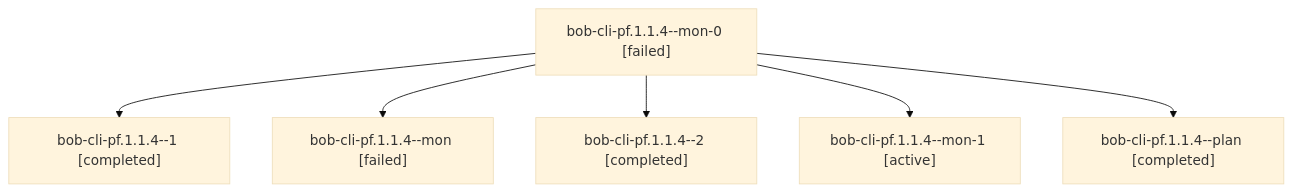
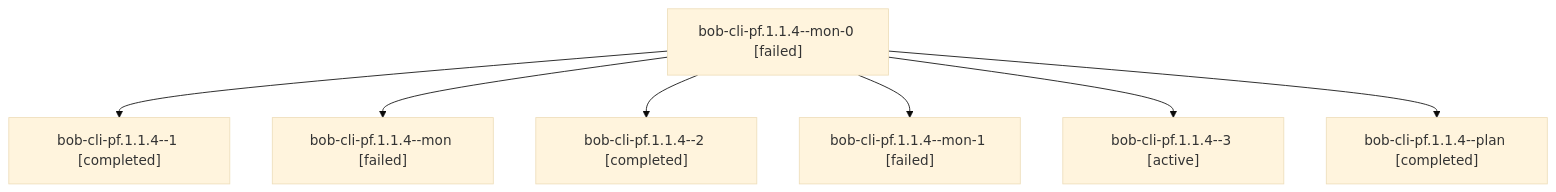
The diagram in sessions/bbugyi200.apollo.bob-cli-pf.1.1.4.md (bobs-org/bob-cli--agents), drawn with Mermaid (base theme) before and after one commit. The commit also changed other lines of this file and 70 other files, not shown here.

````diff
--- a/sessions/bbugyi200.apollo.bob-cli-pf.1.1.4.md
+++ b/sessions/bbugyi200.apollo.bob-cli-pf.1.1.4.md
@@ -9,14 +9,16 @@
 ```mermaid
 flowchart TD
   n0["bob-cli-pf.1.1.4--mon-0 [failed]"]
   n1["bob-cli-pf.1.1.4--1 [completed]"]
   n0 --> n1
   n2["bob-cli-pf.1.1.4--mon [failed]"]
   n0 --> n2
   n3["bob-cli-pf.1.1.4--2 [completed]"]
   n0 --> n3
-  n4["bob-cli-pf.1.1.4--mon-1 [active]"]
+  n4["bob-cli-pf.1.1.4--mon-1 [failed]"]
   n0 --> n4
-  n5["bob-cli-pf.1.1.4--plan [completed]"]
+  n5["bob-cli-pf.1.1.4--3 [active]"]
   n0 --> n5
+  n6["bob-cli-pf.1.1.4--plan [completed]"]
+  n0 --> n6
 ```
````
